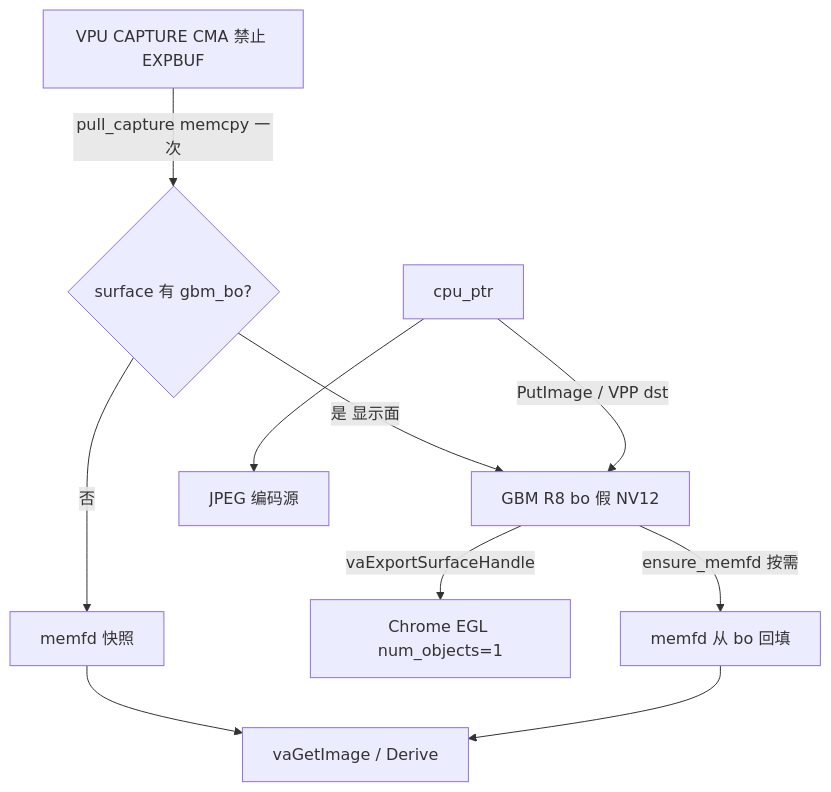
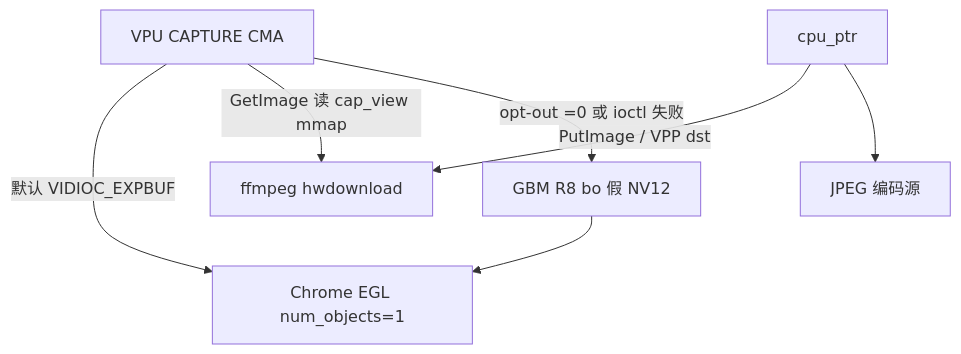
Before and after one commit to pty819/vaapi-v4l2-bridge: the diagram in docs/pipeline/pixels.md, drawn with Mermaid. The commit also changed other lines of this file and 26 other files, not shown here.

First line of the commit message:
docs: document EXPBUF as the default Chrome zero-copy path

````diff
--- a/docs/pipeline/pixels.md
+++ b/docs/pipeline/pixels.md
@@ -6,13 +10,10 @@
 ```{mermaid}
 flowchart TB
-  VPU[VPU CAPTURE CMA 禁止 EXPBUF]
-  VPU -->|pull_capture memcpy 一次| DEC{surface 有 gbm_bo?}
-  DEC -->|是 显示面| BO[GBM R8 bo 假 NV12]
-  DEC -->|否| MF[memfd 快照]
-  BO -->|vaExportSurfaceHandle| EGL[Chrome EGL num_objects=1]
-  BO -->|ensure_memfd 按需| MF2[memfd 从 bo 回填]
-  MF --> GI[vaGetImage / Derive]
-  MF2 --> GI
-  CPU[cpu_ptr] -->|PutImage / VPP dst| BO
+  VPU[VPU CAPTURE CMA]
+  VPU -->|默认 VIDIOC_EXPBUF| EGL[Chrome EGL num_objects=1]
+  VPU -->|GetImage 读 cap_view mmap| GI[ffmpeg hwdownload]
+  VPU -->|opt-out =0 或 ioctl 失败| BO[GBM R8 bo 假 NV12]
+  BO --> EGL
+  CPU[cpu_ptr] -->|PutImage / VPP dst| GI
   CPU --> JPEG[JPEG 编码源]
 ```
````
